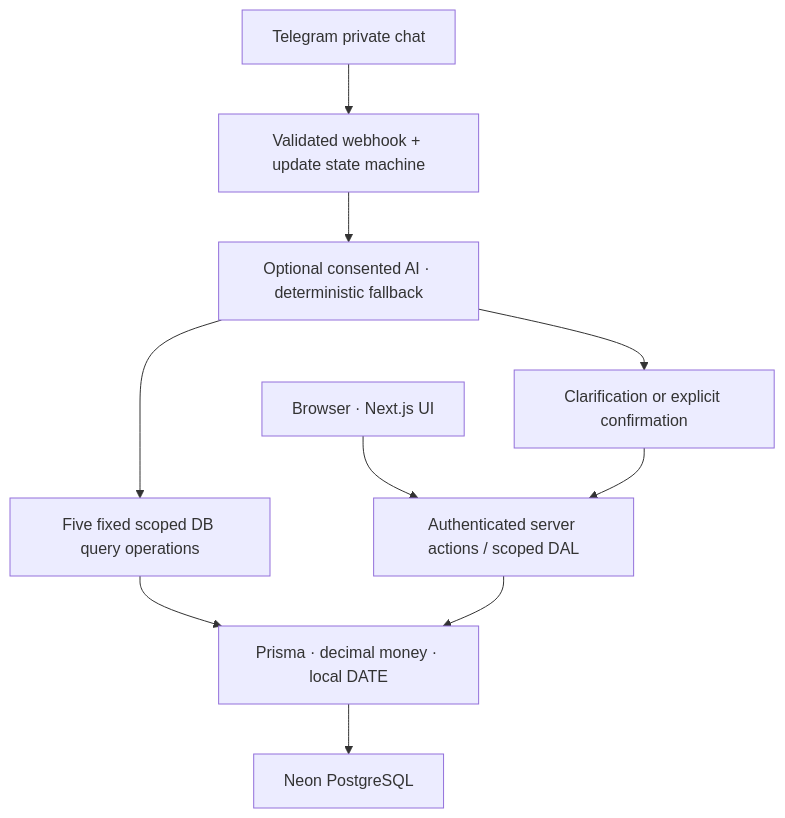
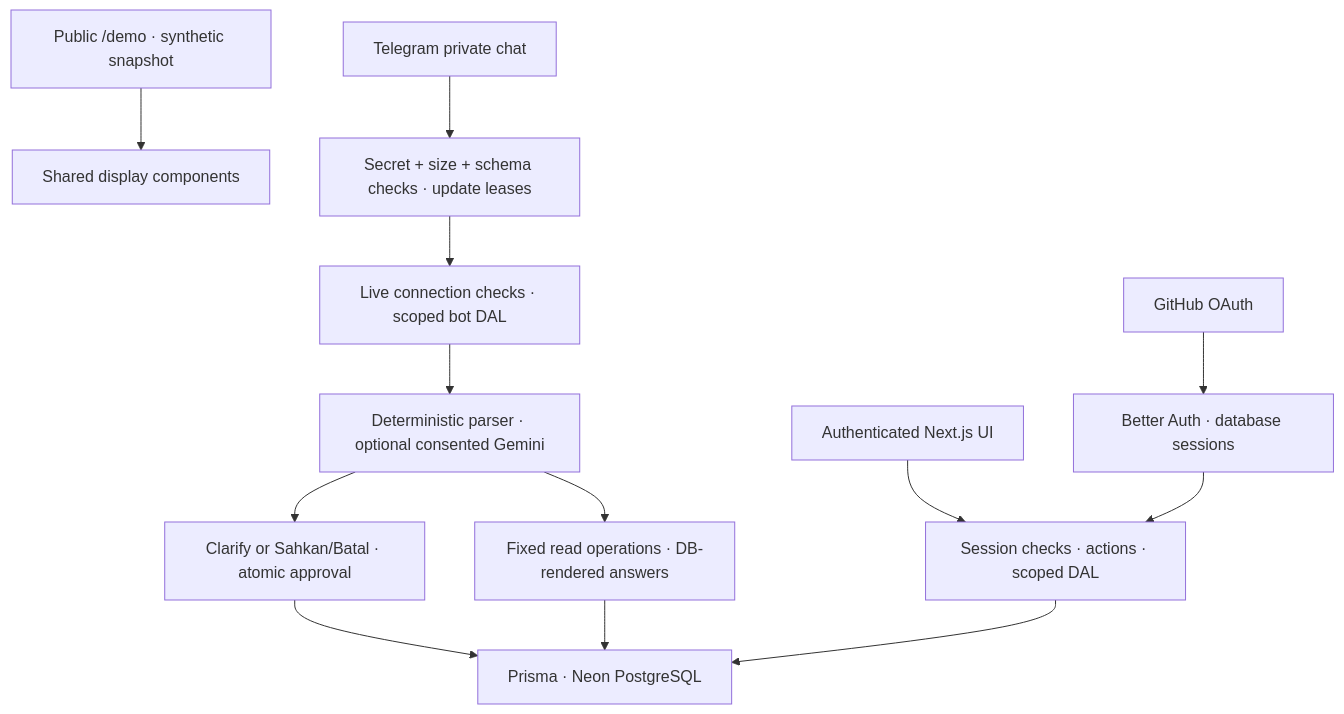
Before and after one commit to shahrilyusoff11/duitflow: the diagram in README.md, drawn with Mermaid. The commit also changed other lines of this file and 35 other files, not shown here.

````diff
--- a/README.md
+++ b/README.md
@@ -174,12 +93,15 @@
 ```mermaid
 flowchart TD
-  Browser["Browser · Next.js UI"] --> Server["Authenticated server actions / scoped DAL"]
-  Telegram["Telegram private chat"] --> Webhook["Validated webhook + update state machine"]
-  Webhook --> Parser["Optional consented AI · deterministic fallback"]
-  Parser --> Query["Five fixed scoped DB query operations"]
-  Parser --> Pending["Clarification or explicit confirmation"]
-  Pending --> Server
-  Query --> Prisma
-  Server --> Prisma["Prisma · decimal money · local DATE"]
-  Prisma --> PostgreSQL["Neon PostgreSQL"]
+  Demo["Public /demo · synthetic snapshot"] --> Views["Shared display components"]
+  Browser["Authenticated Next.js UI"] --> Web["Session checks · actions · scoped DAL"]
+  GitHub["GitHub OAuth"] --> Sessions["Better Auth · database sessions"]
+  Sessions --> Web
+  Telegram["Telegram private chat"] --> Hook["Secret + size + schema checks · update leases"]
+  Hook --> Bot["Live connection checks · scoped bot DAL"]
+  Bot --> Parse["Deterministic parser · optional consented Gemini"]
+  Parse --> Pending["Clarify or Sahkan/Batal · atomic approval"]
+  Parse --> Query["Fixed read operations · DB-rendered answers"]
+  Pending --> DB["Prisma · Neon PostgreSQL"]
+  Query --> DB
+  Web --> DB
 ```
````
